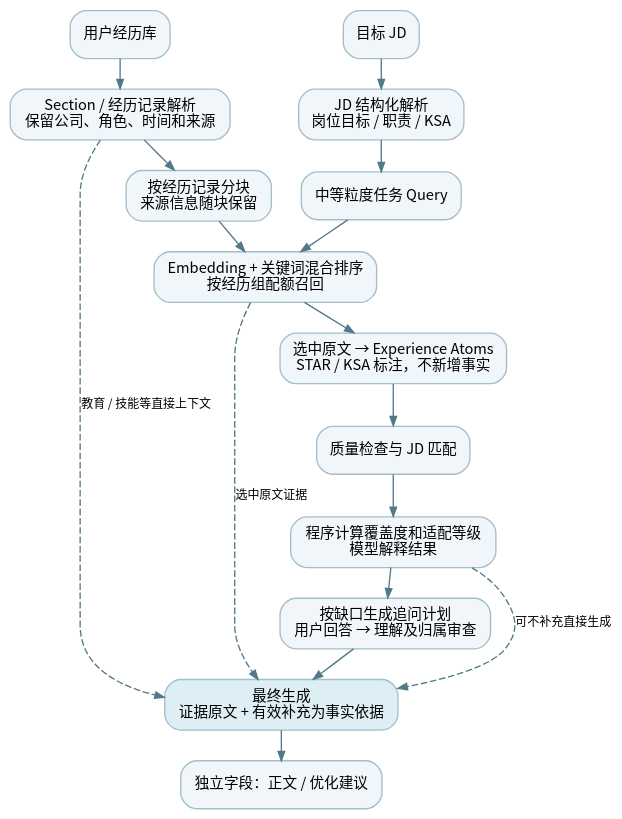
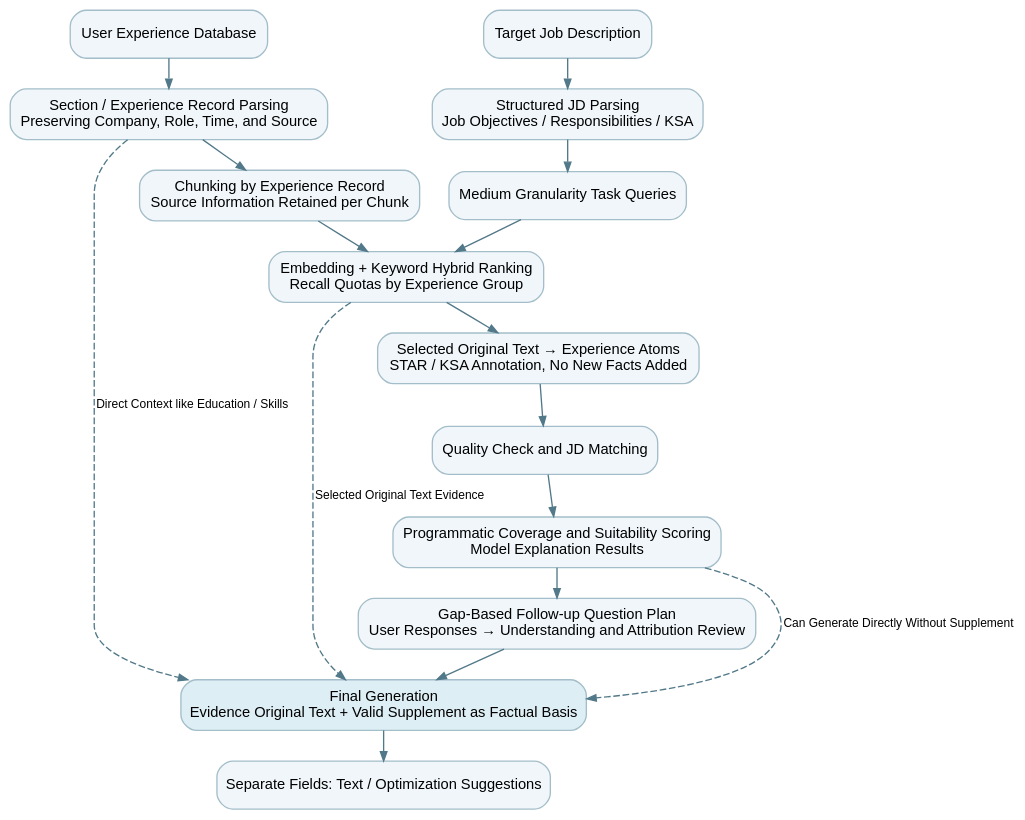
The diagram in docs/prd/assets/system-flow.dot (yunlinlian-Eliot/CariAgent), drawn with Graphviz before and after one commit. The commit also changed 51 other files, not shown here.

```diff
--- a/docs/prd/assets/system-flow.dot
+++ b/docs/prd/assets/system-flow.dot
@@ -1,24 +1,24 @@
 digraph system {
 graph [rankdir=TB,bgcolor="transparent",pad="0.2",nodesep="0.3",ranksep="0.3"];
-node [shape=box,style="rounded,filled",fillcolor="#F0F6FA",color="#A4BEC9",fontname="Noto Sans CJK SC",fontsize=11,margin="0.12,0.1"];
-edge [color="#527989",fontname="Noto Sans CJK SC",fontsize=9,arrowsize=.7];
-experience [label="用户经历库"];
-jd [label="目标 JD"];
-sections [label="Section / 经历记录解析\n保留公司、角色、时间和来源"];
-parse [label="JD 结构化解析\n岗位目标 / 职责 / KSA"];
-chunks [label="按经历记录分块\n来源信息随块保留"];
-queries [label="中等粒度任务 Query"];
-retrieve [label="Embedding + 关键词混合排序\n按经历组配额召回"];
-atoms [label="选中原文 → Experience Atoms\nSTAR / KSA 标注，不新增事实"];
-match [label="质量检查与 JD 匹配"];
-score [label="程序计算覆盖度和适配等级\n模型解释结果"];
-follow [label="按缺口生成追问计划\n用户回答 → 理解及归属审查"];
-resume [label="最终生成\n证据原文 + 有效补充为事实依据",fillcolor="#DDEEF5"];
-output [label="独立字段：正文 / 优化建议"];
+node [shape=box,style="rounded,filled",fillcolor="#F0F6FA",color="#A4BEC9",fontname="Arial",fontsize=11,margin="0.12,0.1"];
+edge [color="#527989",fontname="Arial",fontsize=9,arrowsize=.7];
+experience [label="User Experience Database"];
+jd [label="Target Job Description"];
+sections [label="Section / Experience Record Parsing\nPreserving Company, Role, Time, and Source"];
+parse [label="Structured JD Parsing\nJob Objectives / Responsibilities / KSA"];
+chunks [label="Chunking by Experience Record\nSource Information Retained per Chunk"];
+queries [label="Medium Granularity Task Queries"];
+retrieve [label="Embedding + Keyword Hybrid Ranking\nRecall Quotas by Experience Group"];
+atoms [label="Selected Original Text → Experience Atoms\nSTAR / KSA Annotation, No New Facts Added"];
+match [label="Quality Check and JD Matching"];
+score [label="Programmatic Coverage and Suitability Scoring\nModel Explanation Results"];
+follow [label="Gap-Based Follow-up Question Plan\nUser Responses → Understanding and Attribution Review"];
+resume [label="Final Generation\nEvidence Original Text + Valid Supplement as Factual Basis",fillcolor="#DDEEF5"];
+output [label="Separate Fields: Text / Optimization Suggestions"];
 experience -> sections -> chunks -> retrieve;
 jd -> parse -> queries -> retrieve;
 retrieve -> atoms -> match -> score -> follow -> resume -> output;
-sections -> resume [label="教育 / 技能等直接上下文",style=dashed];
-retrieve -> resume [label="选中原文证据",style=dashed];
-score -> resume [label="可不补充直接生成",style=dashed];
+sections -> resume [label="Direct Context like Education / Skills",style=dashed];
+retrieve -> resume [label="Selected Original Text Evidence",style=dashed];
+score -> resume [label="Can Generate Directly Without Supplement",style=dashed];
 }
```
